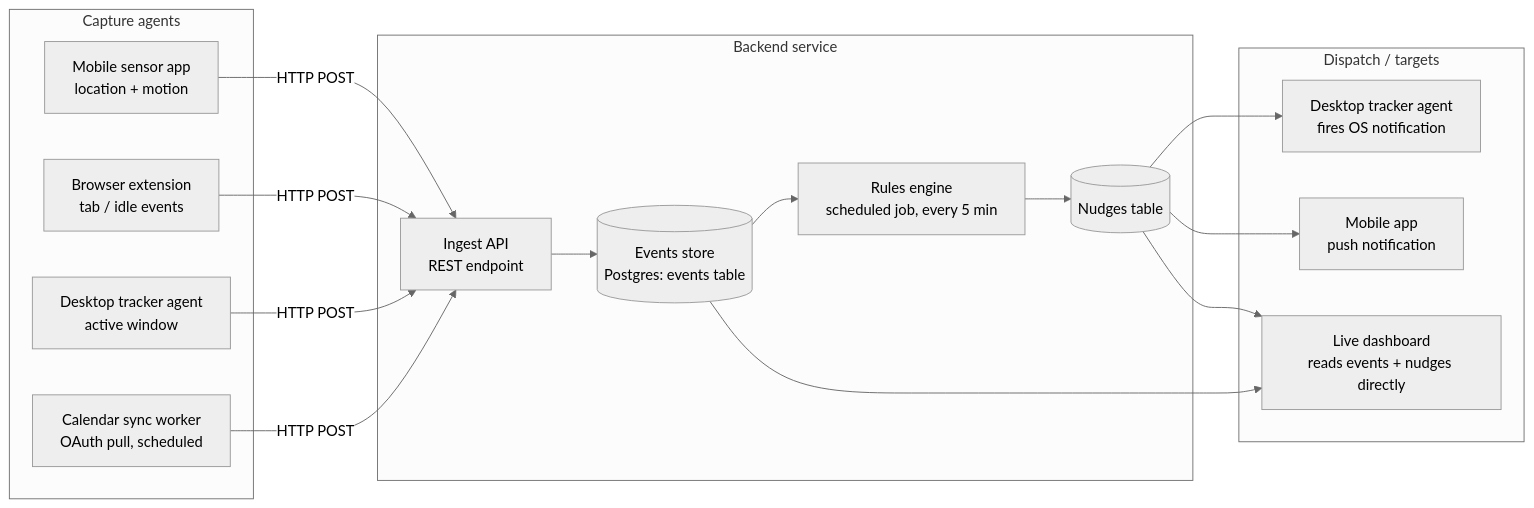
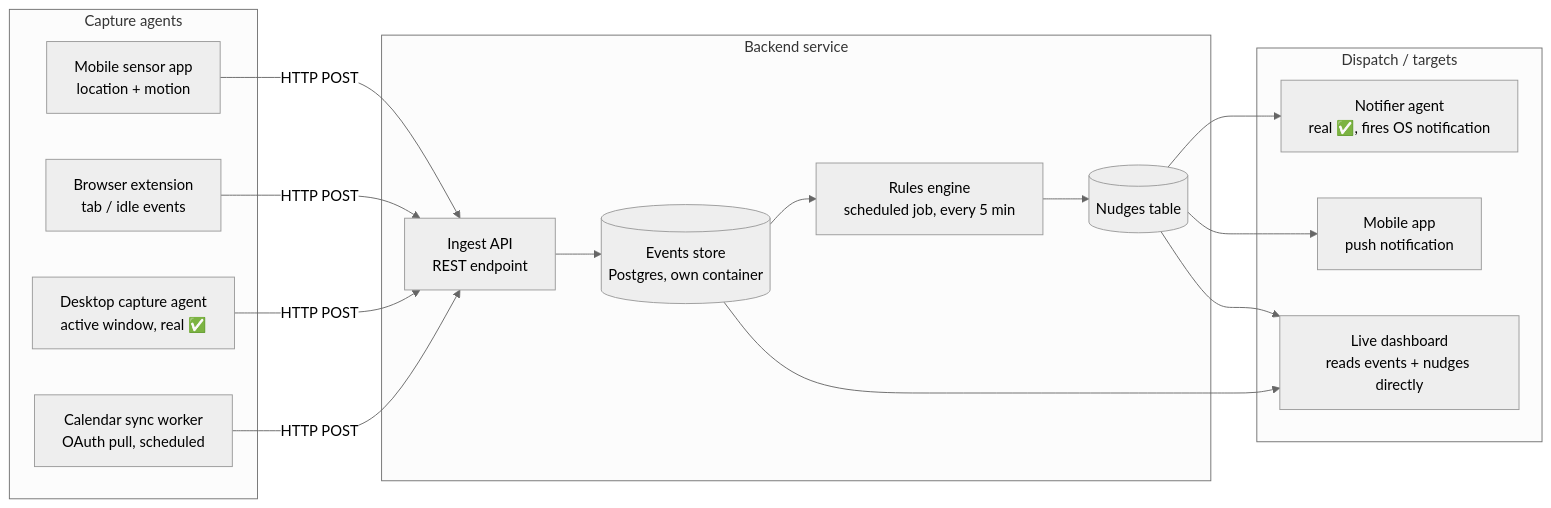
One commit to sgudavalli/deskemon changed the diagram in DESIGN.md. Above: the diagram before and after it, drawn with Mermaid (neutral theme). The commit also changed other lines of this file and 5 other files, not shown here.

````diff
--- a/DESIGN.md
+++ b/DESIGN.md
@@ -55,34 +55,34 @@
 ```mermaid
 flowchart LR
     subgraph Capture agents
         A1[Mobile sensor app<br/>location + motion]
         A2[Browser extension<br/>tab / idle events]
-        A3[Desktop tracker agent<br/>active window]
+        A3[Desktop capture agent<br/>active window, real ✅]
         A4[Calendar sync worker<br/>OAuth pull, scheduled]
     end
 
     subgraph Backend service
         API[Ingest API<br/>REST endpoint]
-        DB[(Events store<br/>Postgres: events table)]
+        DB[(Events store<br/>Postgres, own container)]
         RULES[Rules engine<br/>scheduled job, every 5 min]
         NUDGES[(Nudges table)]
     end
 
     subgraph Dispatch / targets
-        D1[Desktop tracker agent<br/>fires OS notification]
+        D1[Notifier agent<br/>real ✅, fires OS notification]
         D2[Mobile app<br/>push notification]
         D3[Live dashboard<br/>reads events + nudges directly]
     end
 
     A1 -->|HTTP POST| API
     A2 -->|HTTP POST| API
     A3 -->|HTTP POST| API
     A4 -->|HTTP POST| API
     API --> DB
     DB --> RULES
     RULES --> NUDGES
     NUDGES --> D1
     NUDGES --> D2
     NUDGES --> D3
     DB --> D3
 ```
````
